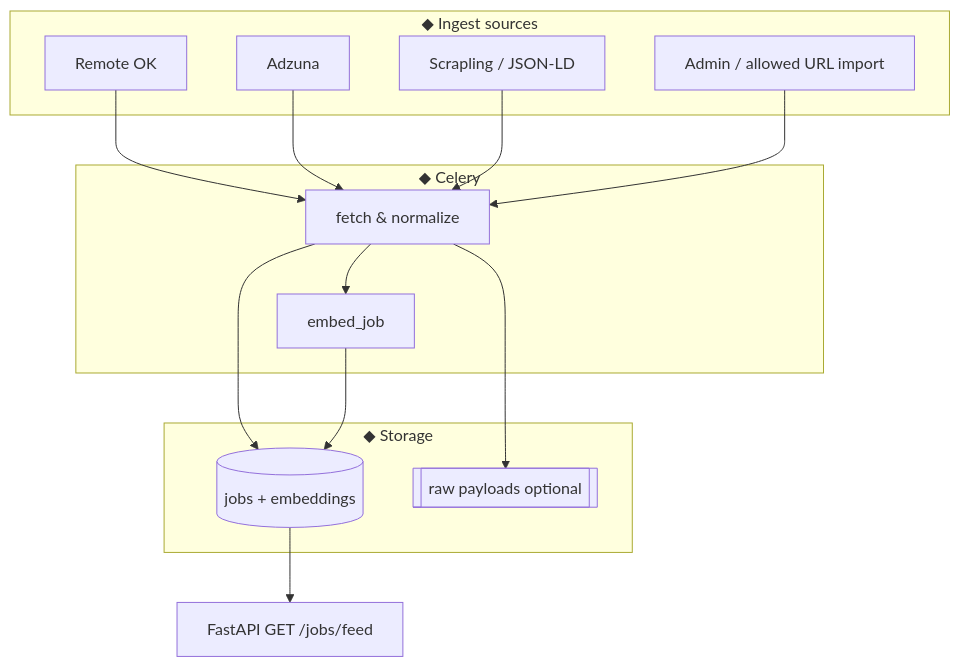
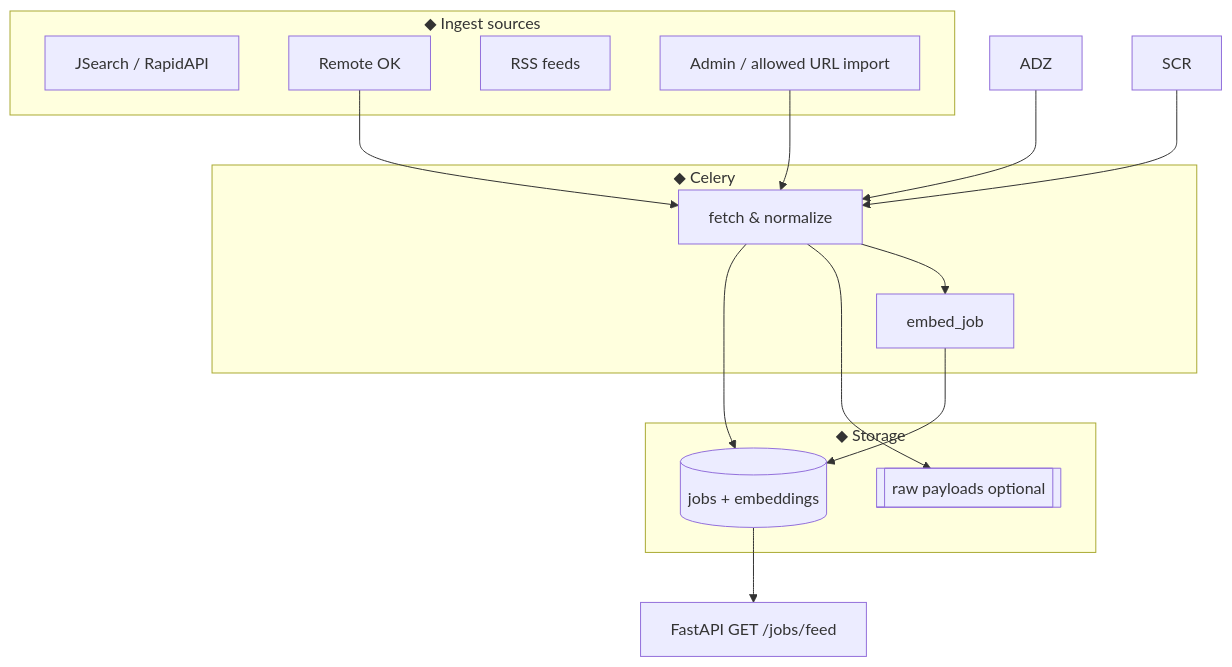
The fourth of 5 diagrams in README.md (frank-asket/doubau), drawn with Mermaid before and after one commit. The commit also changed other lines of this file and 12 other files, not shown here.

````diff
--- a/README.md
+++ b/README.md
@@ -164,29 +164,29 @@
 ```mermaid
 flowchart TB
   subgraph Sources["◆ Ingest sources"]
+    JSR[JSearch / RapidAPI]
     ROK[Remote OK]
-    ADZ[Adzuna]
-    SCR[Scrapling / JSON-LD]
+    RSS[RSS feeds]
     IMP[Admin / allowed URL import]
   end
 
   subgraph Workers["◆ Celery"]
     ING[fetch & normalize]
     EMB[embed_job]
   end
 
   subgraph Store["◆ Storage"]
     PG[(jobs + embeddings)]
     S3[[raw payloads optional]]
   end
 
   ROK --> ING
   ADZ --> ING
   SCR --> ING
   IMP --> ING
   ING --> PG
   ING --> S3
   ING --> EMB
   EMB --> PG
   PG --> API[FastAPI GET /jobs/feed]
 ```
````
